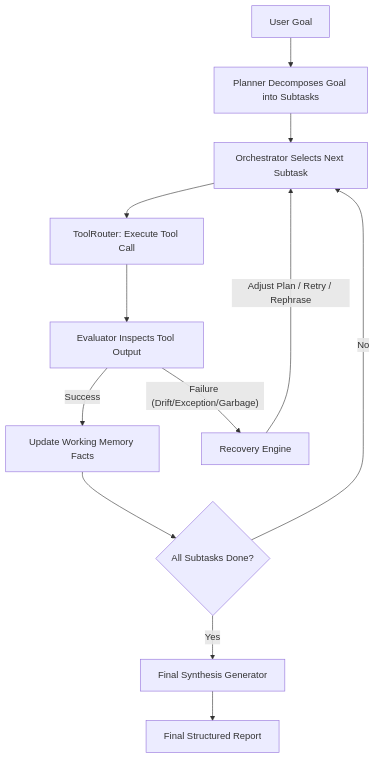
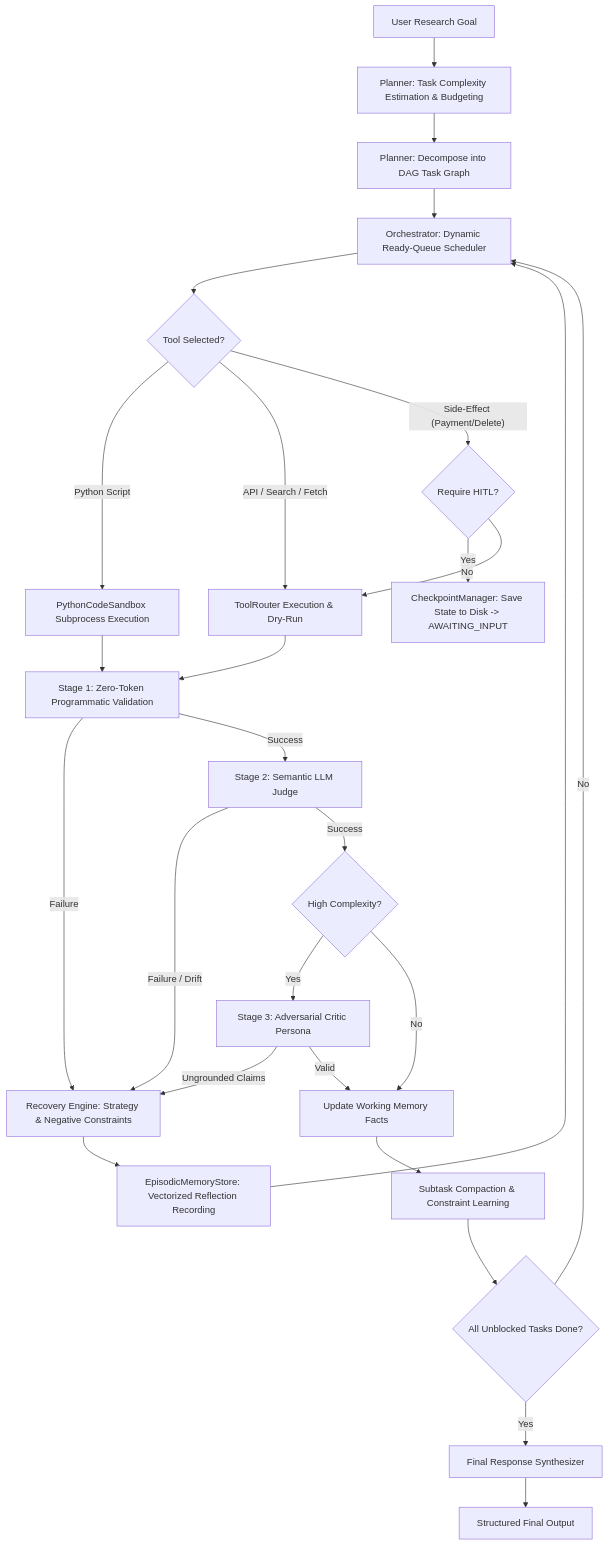
One commit to SudoAnirudh/Self_Correcting_Agent changed the diagram in README.md. Above: the diagram before and after it, drawn with Mermaid. The commit also changed other lines of this file and 13 other files, not shown here.

Commit message:
feat: add advanced agent features including code sandbox, adversarial critic, HITL checkpoints, and episodic memory

````diff
--- a/README.md
+++ b/README.md
@@ -11,14 +11,36 @@
 ```mermaid
 graph TD
-    Goal[User Goal] --> Decompose[Planner Decomposes Goal into Subtasks]
-    Decompose --> Loop[Orchestrator Selects Next Subtask]
-    Loop --> ToolCall[ToolRouter: Execute Tool Call]
-    ToolCall --> Eval[Evaluator Inspects Tool Output]
-    Eval -- "Success" --> Memory[Update Working Memory Facts]
-    Eval -- "Failure (Drift/Exception/Garbage)" --> Recovery[Recovery Engine]
-    Recovery -- "Adjust Plan / Retry / Rephrase" --> Loop
-    Memory --> Next{All Subtasks Done?}
-    Next -- "No" --> Loop
-    Next -- "Yes" --> Synthesis[Final Synthesis Generator]
-    Synthesis --> Output[Final Structured Report]
+    Goal[User Research Goal] --> Complexity[Planner: Task Complexity Estimation & Budgeting]
+    Complexity --> Decompose[Planner: Decompose into DAG Task Graph]
+    Decompose --> DAGQueue[Orchestrator: Dynamic Ready-Queue Scheduler]
+    DAGQueue --> ActionChoice{Tool Selected?}
+    ActionChoice -- "Python Script" --> Sandbox[PythonCodeSandbox Subprocess Execution]
+    ActionChoice -- "API / Search / Fetch" --> ToolRouter[ToolRouter Execution & Dry-Run]
+    ActionChoice -- "Side-Effect (Payment/Delete)" --> HITLCheck{Require HITL?}
+    HITLCheck -- "Yes" --> HITL[CheckpointManager: Save State to Disk -> AWAITING_INPUT]
+    HITLCheck -- "No" --> ToolRouter
+    
+    Sandbox --> EvalStage1[Stage 1: Zero-Token Programmatic Validation]
+    ToolRouter --> EvalStage1
+    
+    EvalStage1 -- "Failure" --> Recovery[Recovery Engine: Strategy & Negative Constraints]
+    EvalStage1 -- "Success" --> EvalStage2[Stage 2: Semantic LLM Judge]
+    
+    EvalStage2 -- "Failure / Drift" --> Recovery
+    EvalStage2 -- "Success" --> CriticCheck{High Complexity?}
+    
+    CriticCheck -- "Yes" --> Critic[Stage 3: Adversarial Critic Persona]
+    CriticCheck -- "No" --> FactExtract[Update Working Memory Facts]
+    
+    Critic -- "Ungrounded Claims" --> Recovery
+    Critic -- "Valid" --> FactExtract
+    
+    Recovery --> EpisodicStore[EpisodicMemoryStore: Vectorized Reflection Recording]
+    EpisodicStore --> DAGQueue
+    
+    FactExtract --> Milestone[Subtask Compaction & Constraint Learning]
+    Milestone --> NextTask{All Unblocked Tasks Done?}
+    NextTask -- "No" --> DAGQueue
+    NextTask -- "Yes" --> Synthesizer[Final Response Synthesizer]
+    Synthesizer --> Output[Structured Final Output]
 ```
````
